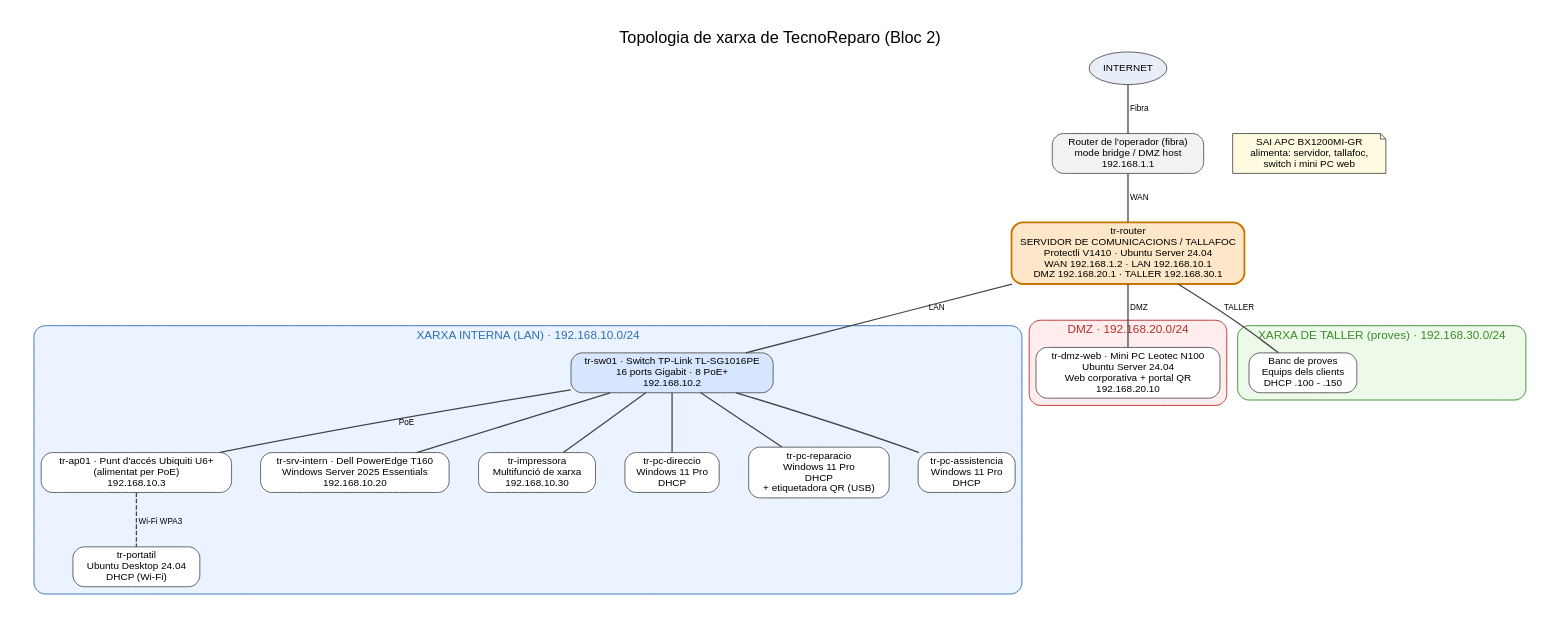
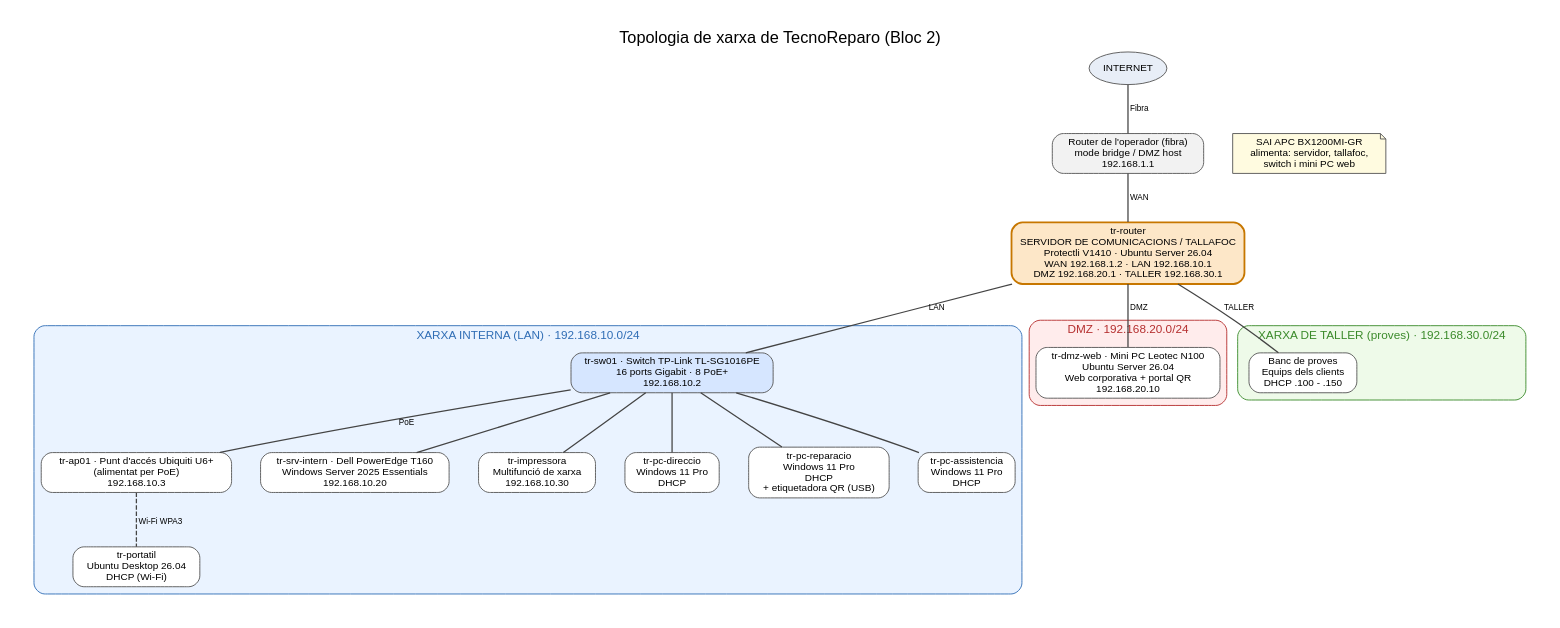
One commit to marcosespinozamarin-ctrl/projecte-intermodular-tecnoreparo changed the diagram in img/bloc-2/diagrama-xarxa.dot. Above: the diagram before and after it, drawn with Graphviz. The commit also changed 6 other files, not shown here.

```diff
--- a/img/bloc-2/diagrama-xarxa.dot
+++ b/img/bloc-2/diagrama-xarxa.dot
@@ -1,45 +1,45 @@
 digraph xarxa {
   graph [rankdir=TB, fontname="Helvetica", fontsize=12, nodesep=0.45, ranksep=0.6, bgcolor="white", pad=0.3,
          label="Topologia de xarxa de TecnoReparo (Bloc 2)", labelloc=t, fontsize=18];
   node  [shape=box, style="rounded,filled", fontname="Helvetica", fontsize=11, fillcolor="#ffffff", color="#555555"];
   edge  [color="#444444", arrowhead=none, penwidth=1.4, fontname="Helvetica", fontsize=9];
 
   internet [label="INTERNET", shape=ellipse, fillcolor="#e8eef7"];
   isp [label="Router de l'operador (fibra)\nmode bridge / DMZ host\n192.168.1.1", fillcolor="#f2f2f2"];
-  fw  [label="tr-router\nSERVIDOR DE COMUNICACIONS / TALLAFOC\nProtectli V1410 · Ubuntu Server 24.04\nWAN 192.168.1.2 · LAN 192.168.10.1\nDMZ 192.168.20.1 · TALLER 192.168.30.1", fillcolor="#fde7c8", color="#c77700", penwidth=2];
+  fw  [label="tr-router\nSERVIDOR DE COMUNICACIONS / TALLAFOC\nProtectli V1410 · Ubuntu Server 26.04\nWAN 192.168.1.2 · LAN 192.168.10.1\nDMZ 192.168.20.1 · TALLER 192.168.30.1", fillcolor="#fde7c8", color="#c77700", penwidth=2];
 
   internet -> isp [label=" Fibra"];
   isp -> fw [label=" WAN"];
 
   subgraph cluster_lan {
     label="XARXA INTERNA (LAN) · 192.168.10.0/24"; style="rounded,filled"; fillcolor="#eaf3ff"; color="#2f6db5"; fontcolor="#2f6db5"; fontsize=13;
     sw  [label="tr-sw01 · Switch TP-Link TL-SG1016PE\n16 ports Gigabit · 8 PoE+\n192.168.10.2", fillcolor="#d6e6ff"];
     ap  [label="tr-ap01 · Punt d'accés Ubiquiti U6+\n(alimentat per PoE)\n192.168.10.3"];
     srv [label="tr-srv-intern · Dell PowerEdge T160\nWindows Server 2025 Essentials\n192.168.10.20"];
     imp [label="tr-impressora\nMultifunció de xarxa\n192.168.10.30"];
     pc1 [label="tr-pc-direccio\nWindows 11 Pro\nDHCP"];
     pc2 [label="tr-pc-reparacio\nWindows 11 Pro\nDHCP\n+ etiquetadora QR (USB)"];
     pc3 [label="tr-pc-assistencia\nWindows 11 Pro\nDHCP"];
-    lap [label="tr-portatil\nUbuntu Desktop 24.04\nDHCP (Wi-Fi)"];
+    lap [label="tr-portatil\nUbuntu Desktop 26.04\nDHCP (Wi-Fi)"];
     sw -> {srv imp pc1 pc2 pc3};
     sw -> ap [label=" PoE"];
     ap -> lap [style=dashed, label=" Wi-Fi WPA3"];
   }
 
   subgraph cluster_dmz {
     label="DMZ · 192.168.20.0/24"; style="rounded,filled"; fillcolor="#ffecec"; color="#b52f2f"; fontcolor="#b52f2f"; fontsize=13;
-    web [label="tr-dmz-web · Mini PC Leotec N100\nUbuntu Server 24.04\nWeb corporativa + portal QR\n192.168.20.10"];
+    web [label="tr-dmz-web · Mini PC Leotec N100\nUbuntu Server 26.04\nWeb corporativa + portal QR\n192.168.20.10"];
   }
 
   subgraph cluster_taller {
     label="XARXA DE TALLER (proves) · 192.168.30.0/24"; style="rounded,filled"; fillcolor="#eefae9"; color="#3a8a2a"; fontcolor="#3a8a2a"; fontsize=13;
     banc [label="Banc de proves\nEquips dels clients\nDHCP .100 - .150"];
   }
 
   fw -> sw  [label=" LAN"];
   fw -> web [label=" DMZ"];
   fw -> banc [label=" TALLER"];
 
   sai [label="SAI APC BX1200MI-GR\nalimenta: servidor, tallafoc,\nswitch i mini PC web", shape=note, fillcolor="#fffbe0"];
   {rank=same; isp; sai}
 }
```
